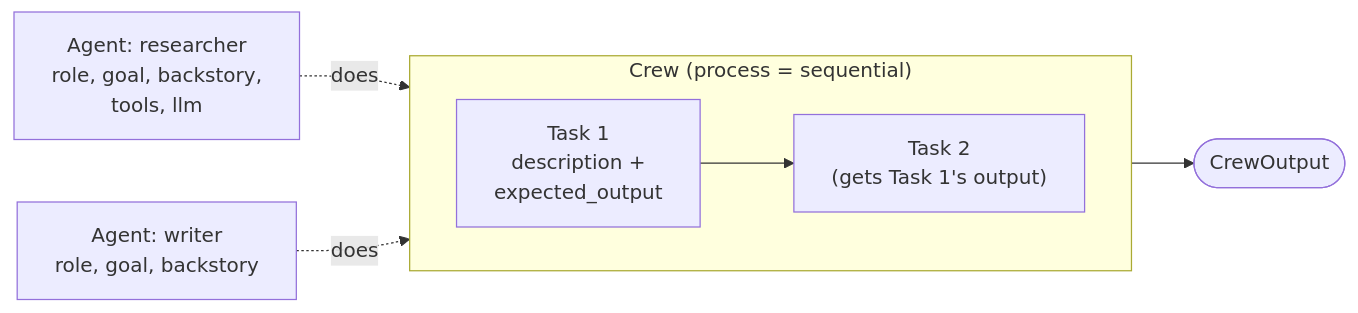
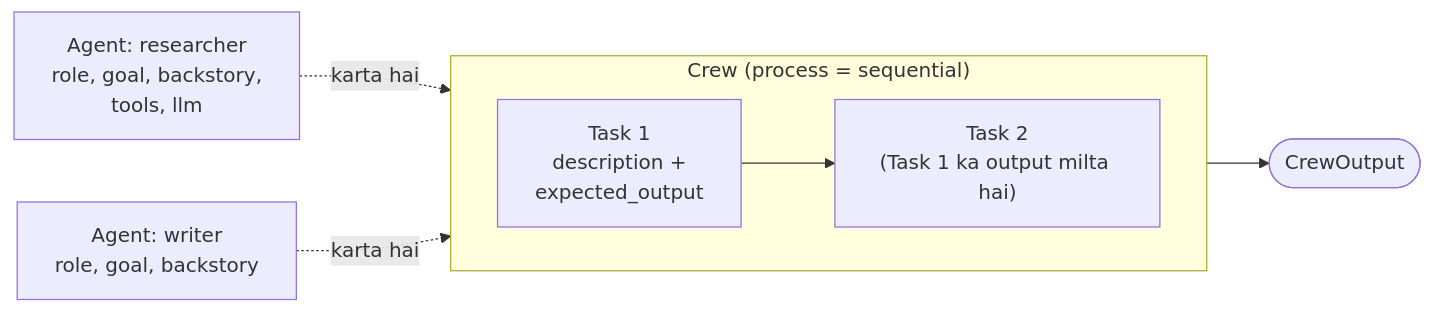
Before and after one commit to asmustechno/agentic-ai-notes: the diagram in docs/11-frameworks/11.3-crewai.md, drawn with Mermaid. The commit also changed other lines of this file and 135 other files, not shown here.

````diff
--- a/docs/11-frameworks/11.3-crewai.md
+++ b/docs/11-frameworks/11.3-crewai.md
@@ -46,10 +50,10 @@
 ```mermaid
 flowchart LR
     subgraph Crew["Crew (process = sequential)"]
         direction LR
-        T1["Task 1<br/>description +<br/>expected_output"] --> T2["Task 2<br/>(gets Task 1's output)"]
+        T1["Task 1<br/>description +<br/>expected_output"] --> T2["Task 2<br/>(Task 1 ka output milta hai)"]
     end
-    A1["Agent: researcher<br/>role, goal, backstory,<br/>tools, llm"] -.->|does| T1
-    A2["Agent: writer<br/>role, goal, backstory"] -.->|does| T2
+    A1["Agent: researcher<br/>role, goal, backstory,<br/>tools, llm"] -.->|karta hai| T1
+    A2["Agent: writer<br/>role, goal, backstory"] -.->|karta hai| T2
     T2 --> OUT(["CrewOutput"])
 ```
````
